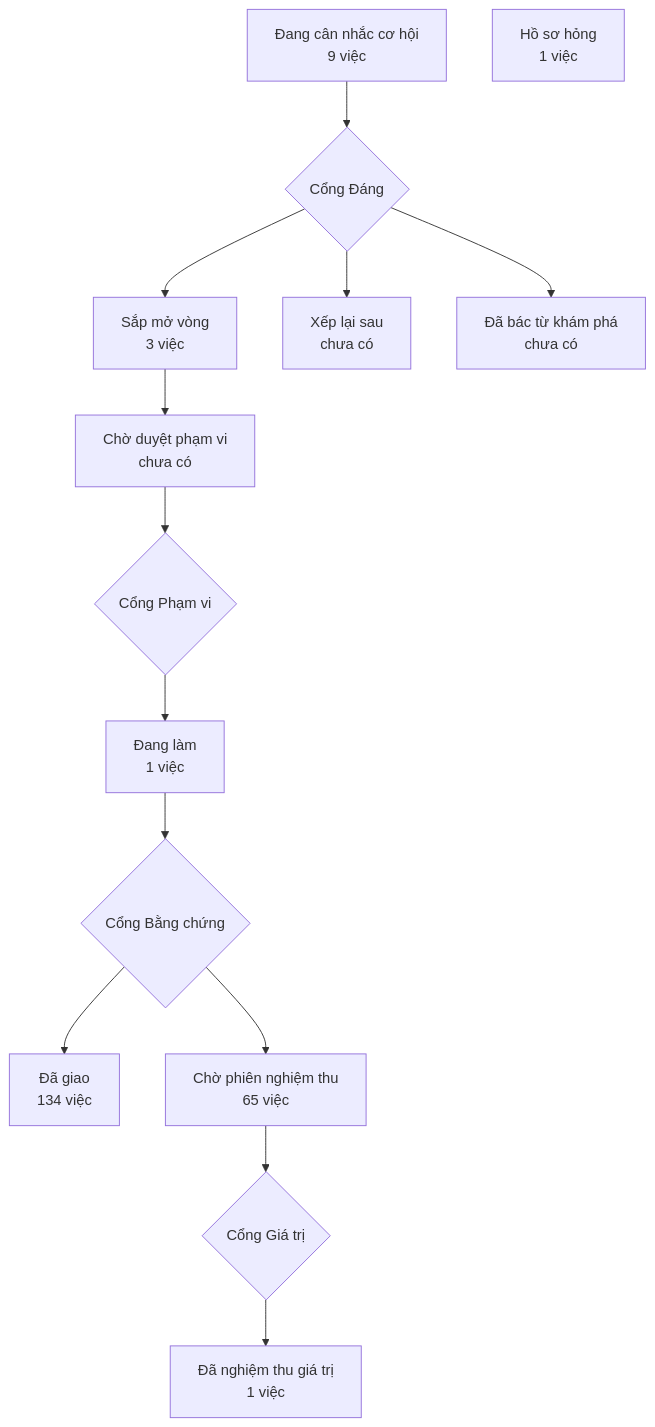
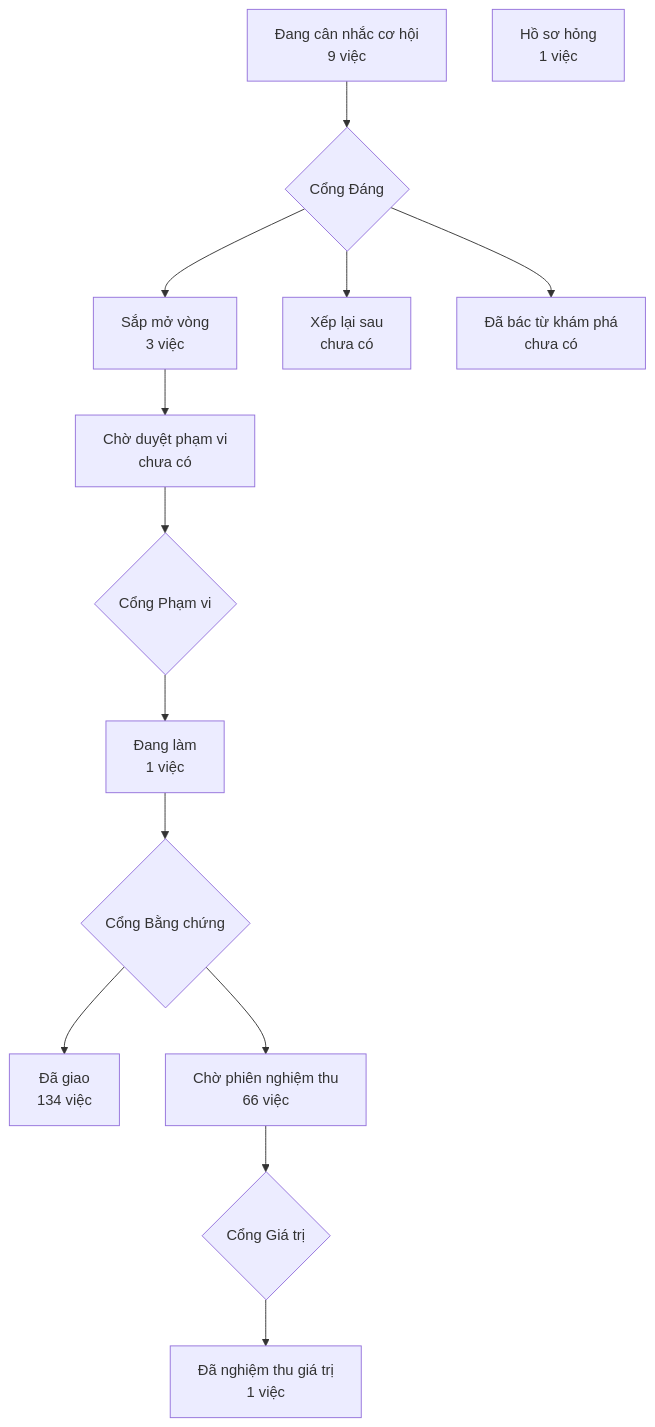
The diagram in PRODUCT-MAP.md (phanlemanh/crm-onehub), drawn with Mermaid before and after one commit. The commit also changed 1 other file, not shown here.

Commit message:
chore: vẽ lại bản đồ sản phẩm từ bản sạch sau gộp onehub 85389773

````diff
--- a/PRODUCT-MAP.md
+++ b/PRODUCT-MAP.md
@@ -7,13 +7,13 @@
 ```mermaid
 flowchart TD
   A["Đang cân nhắc cơ hội<br/>9 việc"] --> GD{"Cổng Đáng"}
   GD --> B["Sắp mở vòng<br/>3 việc"]
   GD --> XL["Xếp lại sau<br/>chưa có"]
   GD --> DB["Đã bác từ khám phá<br/>chưa có"]
   B --> CD["Chờ duyệt phạm vi<br/>chưa có"] --> GP{"Cổng Phạm vi"}
   GP --> DL["Đang làm<br/>1 việc"] --> GB{"Cổng Bằng chứng"}
   GB --> DG["Đã giao<br/>134 việc"]
-  GB --> CN["Chờ phiên nghiệm thu<br/>65 việc"] --> GG{"Cổng Giá trị"}
+  GB --> CN["Chờ phiên nghiệm thu<br/>66 việc"] --> GG{"Cổng Giá trị"}
   GG --> NT["Đã nghiệm thu giá trị<br/>1 việc"]
   HS["Hồ sơ hỏng<br/>1 việc"]
 ```
````
